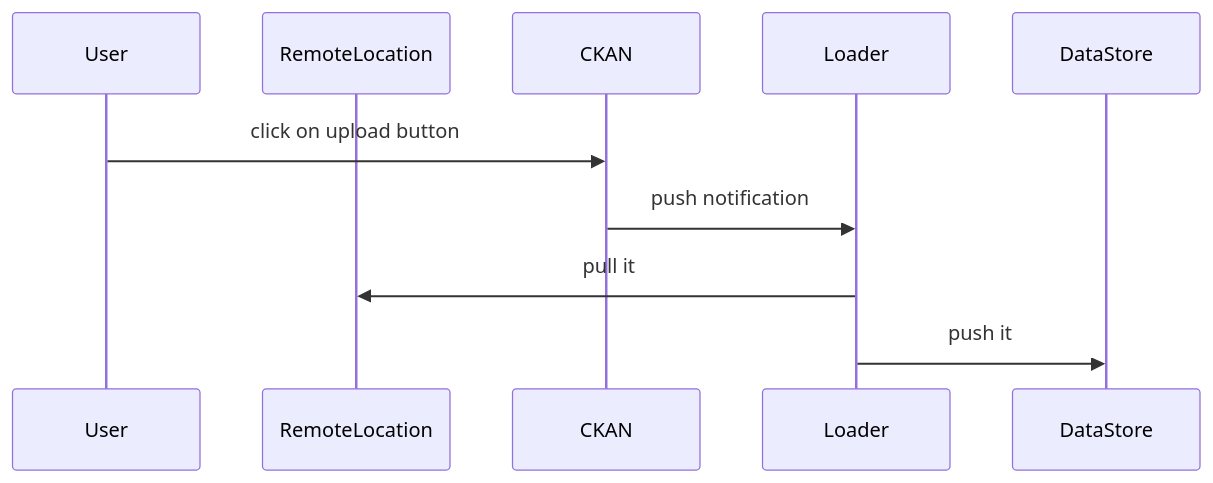
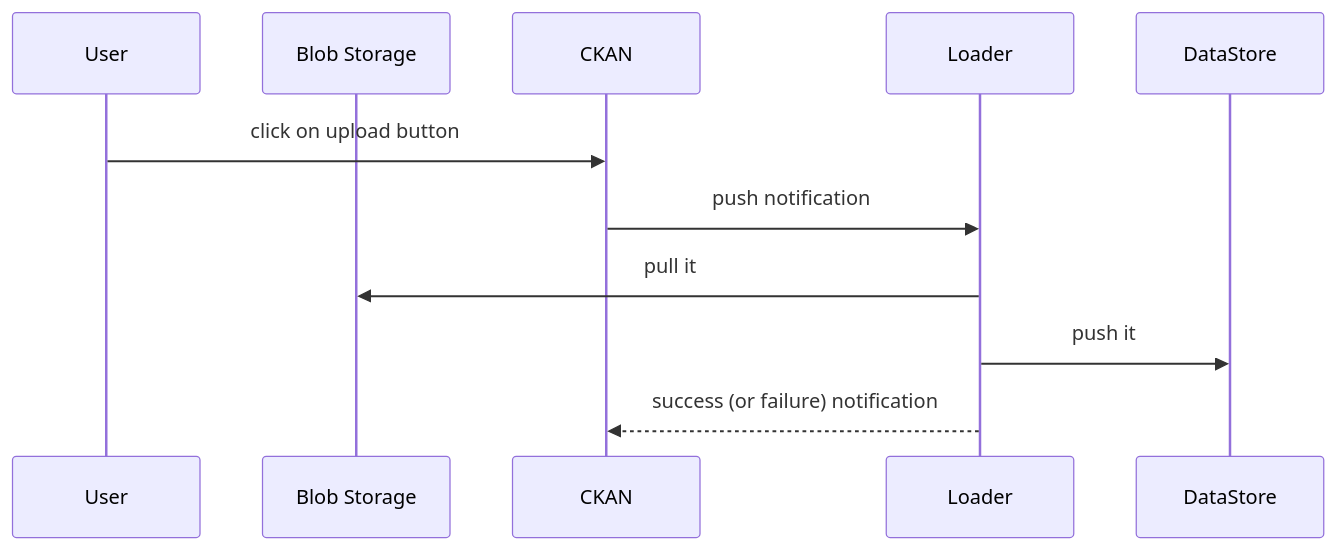
Before and after one commit to datopian/tech.datopian.com: the second of 4 diagrams in load/README.md, drawn with Mermaid. The commit also changed other lines of this file, not shown here.

````diff
--- a/load/README.md
+++ b/load/README.md
@@ -54,13 +55,14 @@
 ```mermaid
 sequenceDiagram
   participant a as User
-  participant b as RemoteLocation
+  participant b as Blob Storage
   participant c as CKAN
   participant d as Loader
   participant e as DataStore
   
   a->>c: click on upload button
   c->>d: push notification
   d->>b: pull it
   d->>e: push it
+  d-->>c: success (or failure) notification
 ```
````
